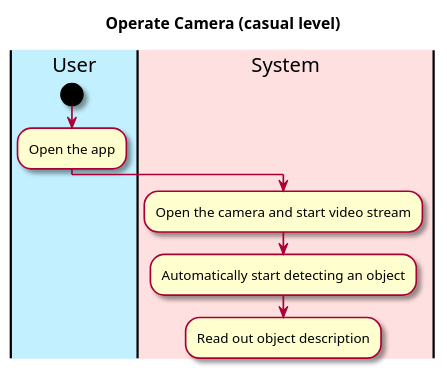
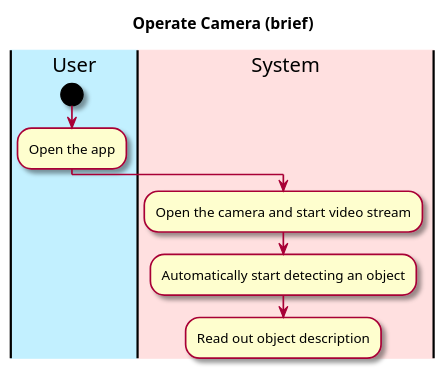
One commit to tonyh1306/OBRE-Vision-through-a-screen changed the diagram in intellij/doc/use-cases/analyze-video.md. Above: the diagram before and after it, drawn with PlantUML. The commit also changed other lines of this file and 3 other files, not shown here.

````diff
--- a/intellij/doc/use-cases/analyze-video.md
+++ b/intellij/doc/use-cases/analyze-video.md
@@ -39,22 +39,22 @@
 ```plantuml
 @startuml
 
 skin rose
 
-title Operate Camera (casual level)
+title Operate Camera (brief)
 
 'define the lanes
 |#application|User|
 |#implementation|System|
 
 |User|
 start
 :Open the app;
 
 |System|
 :Open the camera and start video stream;
 :Automatically start detecting an object;
 :Read out object description;
 
 @enduml
 ```
````
